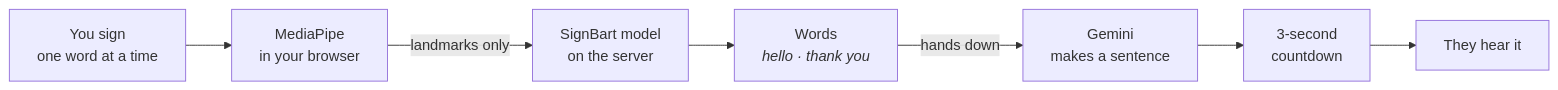
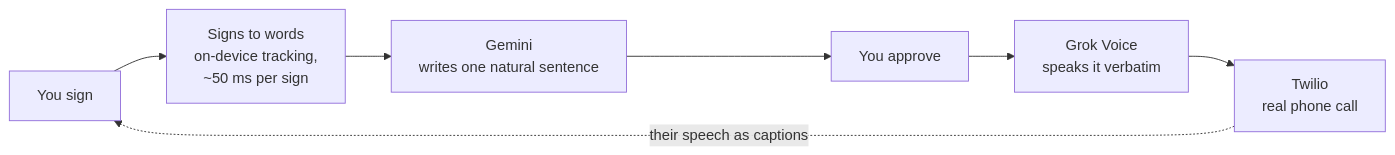
One commit to GaneshMunagala714/fingertips changed the first of 3 diagrams in README.md. Above: the diagram before and after it, drawn with Mermaid. The commit also changed other lines of this file and 189 other files, not shown here.

````diff
--- a/README.md
+++ b/README.md
@@ -52,9 +85,9 @@
 ```mermaid
 flowchart LR
-    A["You sign<br/>one word at a time"] --> B["MediaPipe<br/>in your browser"]
-    B -- "landmarks only" --> C["SignBart model<br/>on the server"]
-    C --> D["Words<br/><i>hello · thank you</i>"]
-    D -- "hands down" --> E["Gemini<br/>makes a sentence"]
-    E --> F["3-second<br/>countdown"]
-    F --> G["They hear it"]
+    A[You sign] --> B[Signs to words<br/>on-device tracking,<br/>~50 ms per sign]
+    B --> C[Gemini<br/>writes one natural sentence]
+    C --> D[You approve]
+    D --> E[Grok Voice<br/>speaks it verbatim]
+    E --> F[Twilio<br/>real phone call]
+    F -. their speech as captions .-> A
 ```
````
